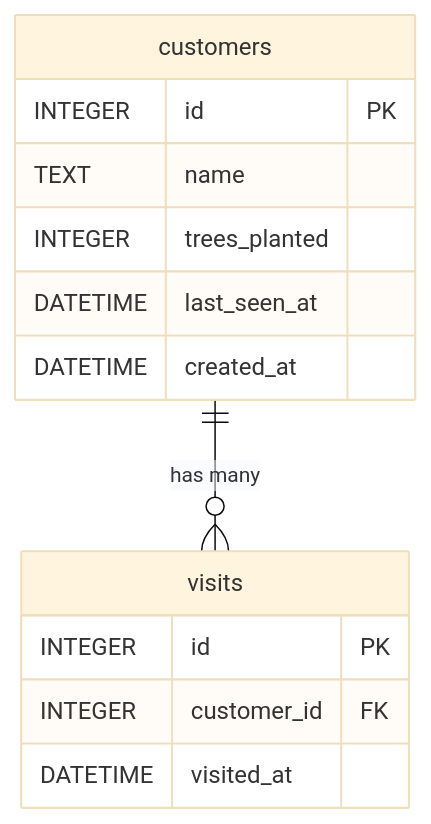
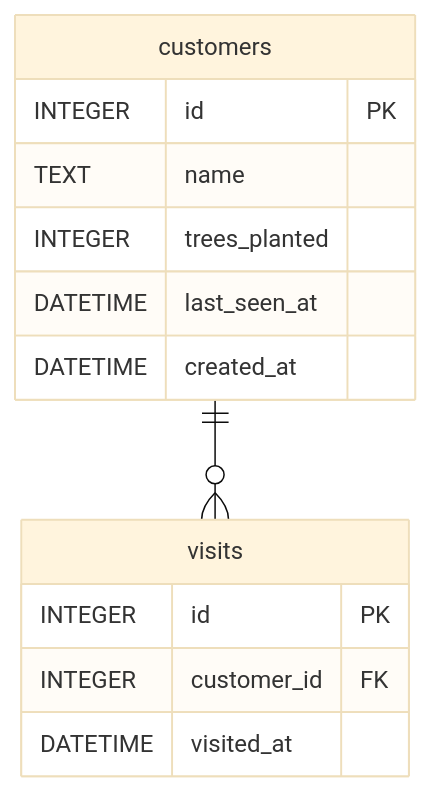
Before and after one commit to Davidfarouk/T_N_Interview: the second of 2 diagrams in README.md, drawn with Mermaid (base theme). The commit also changed other lines of this file, not shown here.

Commit message:
docs: simplify test list and use dashed arrows in diagrams

````diff
--- a/README.md
+++ b/README.md
@@ -67,18 +67,18 @@
 ```mermaid
 erDiagram
     customers {
         INTEGER id PK
         TEXT    name
         INTEGER trees_planted
         DATETIME last_seen_at
         DATETIME created_at
     }
 
     visits {
         INTEGER  id PK
         INTEGER  customer_id FK
         DATETIME visited_at
     }
 
-    customers ||--o{ visits : "has many"
+    customers ||--o{ visits : " "
 ```
````
